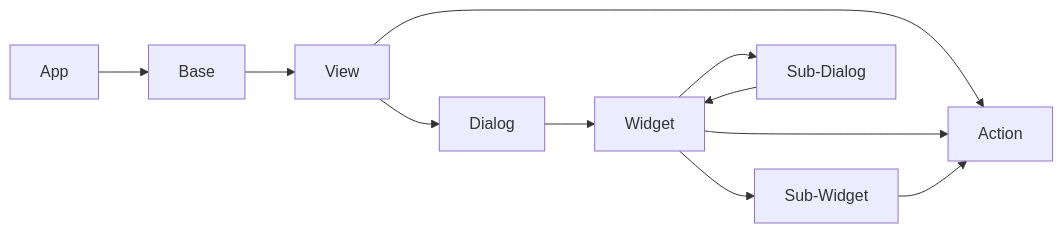
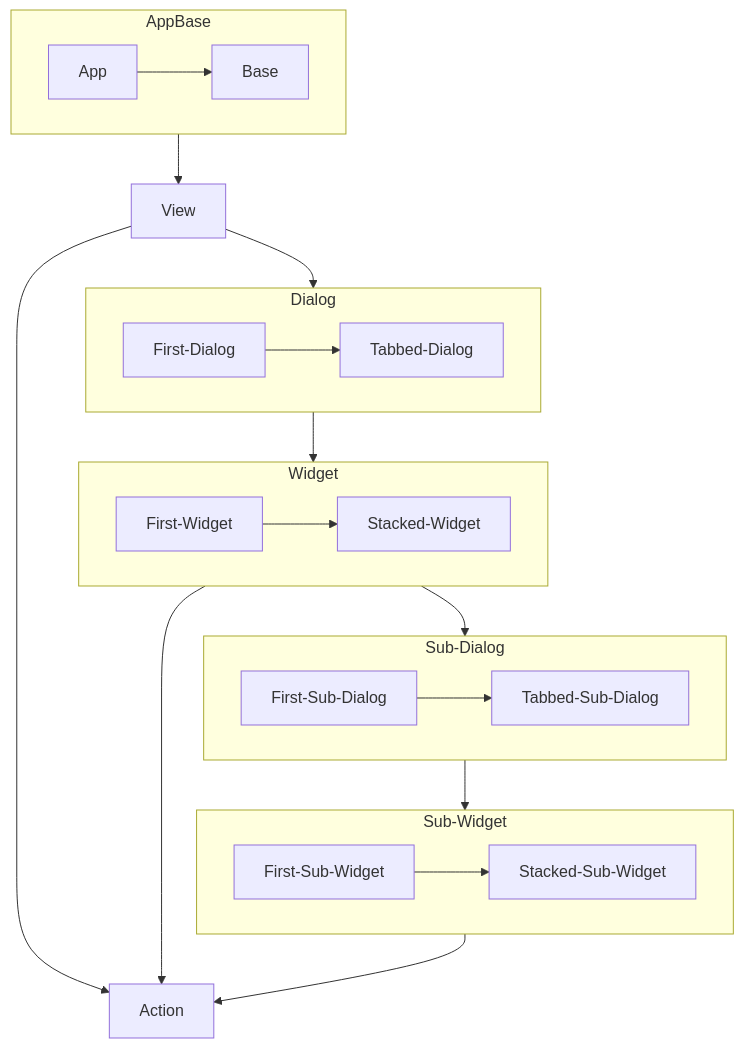
The diagram in source/docs/docs.rst (KemoPanzah/decore_Page_Old), drawn with Mermaid before and after one commit. The commit also changed other lines of this file and 20 other files, not shown here.

```diff
--- a/source/docs/docs.rst
+++ b/source/docs/docs.rst
@@ -9,13 +10,32 @@
 .. mermaid::
+   :align: center
 
-   graph LR;
-    App-->Base;
-    Base-->View;
-    View-->Dialog;
-    View-->Action;
-    Dialog-->Widget;
-    Widget-->Action;
-    Widget-->Sub-Widget;
-    Sub-Widget-->Action
-    Widget-->Sub-Dialog;
-    Sub-Dialog-->Widget;
+   flowchart TD;
+      AppBase-->View;
+      View-->Action;
+      View-->Dialog;
+      Dialog -->Widget;
+      Widget-->Action;
+      Widget-->Sub-Dialog;
+      Sub-Dialog-->Sub-Widget;
+      Sub-Widget-->Action;
+
+   subgraph AppBase;
+      App-->Base;
+   end   
+
+   subgraph Dialog;
+      First-Dialog-->Tabbed-Dialog;
+   end
+
+   subgraph Sub-Dialog;
+      First-Sub-Dialog-->Tabbed-Sub-Dialog;
+   end
+
+   subgraph Widget;
+      First-Widget-->Stacked-Widget;
+   end
+
+   subgraph Sub-Widget;
+      First-Sub-Widget-->Stacked-Sub-Widget;
+   end
```
